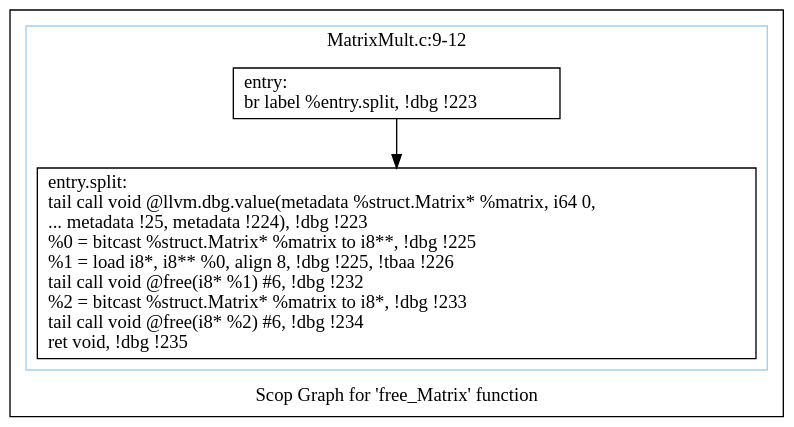
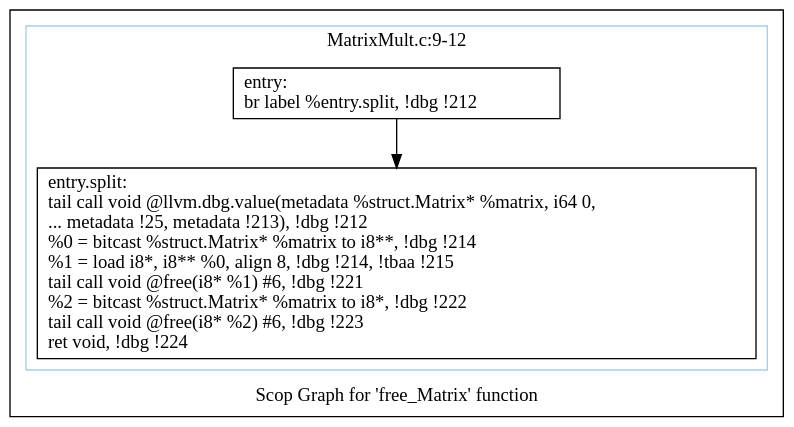
One commit to samminweng/WhileyOpenCL changed the diagram in polly/MatrixMult/impl/autogenerate/dot/scops.free_Matrix.dot. Above: the diagram before and after it, drawn with Graphviz. The commit also changed 29 other files, not shown here.

```diff
--- a/polly/MatrixMult/impl/autogenerate/dot/scops.free_Matrix.dot
+++ b/polly/MatrixMult/impl/autogenerate/dot/scops.free_Matrix.dot
@@ -1,16 +1,16 @@
 digraph "Scop Graph for 'free_Matrix' function" {
 	label="Scop Graph for 'free_Matrix' function";
 
-	Node0xa7e3ae0 [shape=record,label="{entry:\l  br label %entry.split, !dbg !223\l}"];
-	Node0xa7e3ae0 -> Node0xa8361c0;
-	Node0xa8361c0 [shape=record,label="{entry.split:                                      \l  tail call void @llvm.dbg.value(metadata %struct.Matrix* %matrix, i64 0,\l... metadata !25, metadata !224), !dbg !223\l  %0 = bitcast %struct.Matrix* %matrix to i8**, !dbg !225\l  %1 = load i8*, i8** %0, align 8, !dbg !225, !tbaa !226\l  tail call void @free(i8* %1) #6, !dbg !232\l  %2 = bitcast %struct.Matrix* %matrix to i8*, !dbg !233\l  tail call void @free(i8* %2) #6, !dbg !234\l  ret void, !dbg !235\l}"];
+	Node0xa3e62e0 [shape=record,label="{entry:\l  br label %entry.split, !dbg !212\l}"];
+	Node0xa3e62e0 -> Node0xa410e50;
+	Node0xa410e50 [shape=record,label="{entry.split:                                      \l  tail call void @llvm.dbg.value(metadata %struct.Matrix* %matrix, i64 0,\l... metadata !25, metadata !213), !dbg !212\l  %0 = bitcast %struct.Matrix* %matrix to i8**, !dbg !214\l  %1 = load i8*, i8** %0, align 8, !dbg !214, !tbaa !215\l  tail call void @free(i8* %1) #6, !dbg !221\l  %2 = bitcast %struct.Matrix* %matrix to i8*, !dbg !222\l  tail call void @free(i8* %2) #6, !dbg !223\l  ret void, !dbg !224\l}"];
 	colorscheme = "paired12"
-        subgraph cluster_0xa88bb50 {
+        subgraph cluster_0xa413990 {
           label = "MatrixMult.c:9-12
 ";
           style = solid;
           color = 1
-          Node0xa7e3ae0;
-          Node0xa8361c0;
+          Node0xa3e62e0;
+          Node0xa410e50;
         }
 }
```
